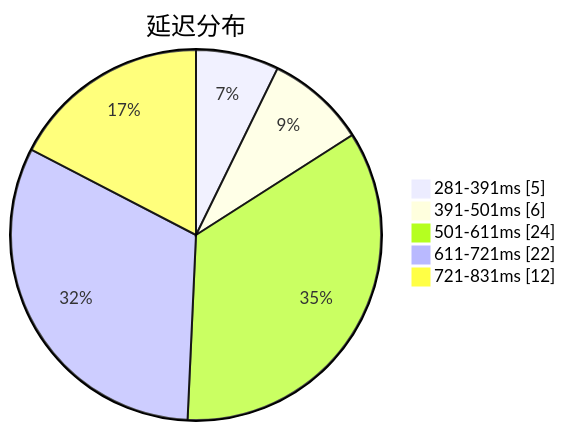
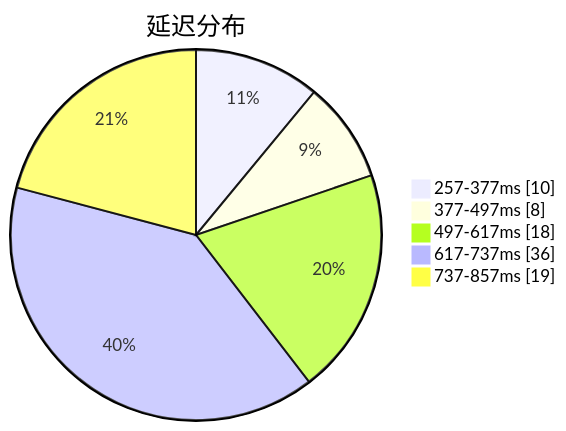
One commit to qjlxg/airport changed the first of 3 diagrams in subs/statistics/tested_within.md. Above: the diagram before and after it, drawn with Mermaid. The commit also changed other lines of this file and 2 other files, not shown here.

````diff
--- a/subs/statistics/tested_within.md
+++ b/subs/statistics/tested_within.md
@@ -2,9 +2,9 @@
 ```mermaid
 pie showData
 title 延迟分布
-"281-391ms" : 5
-"391-501ms" : 6
-"501-611ms" : 24
-"611-721ms" : 22
-"721-831ms" : 12
+"257-377ms" : 10
+"377-497ms" : 8
+"497-617ms" : 18
+"617-737ms" : 36
+"737-857ms" : 19
 ```
````
